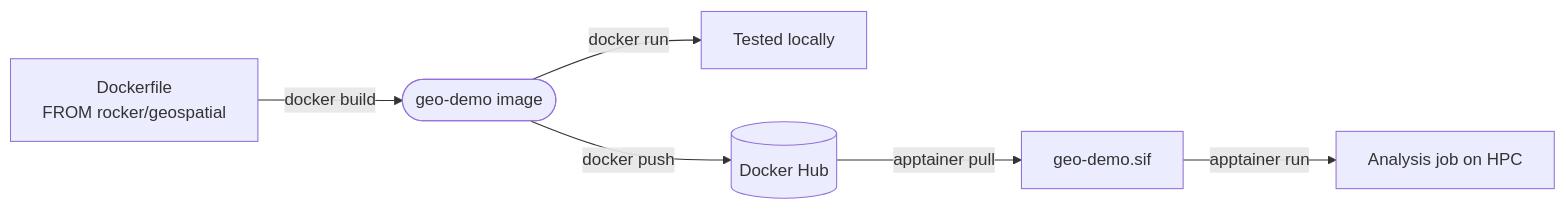
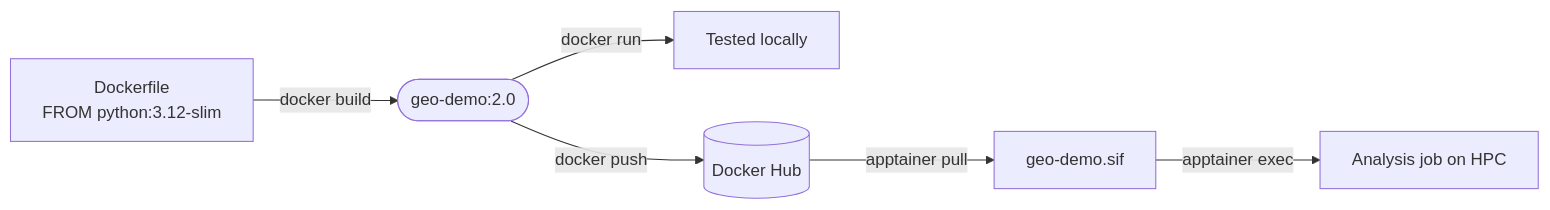
The diagram in DEMO.md (tim-devereux/docker-basics), drawn with Mermaid before and after one commit. The commit also changed other lines of this file and 4 other files, not shown here.

First line of the commit message:
Switch example stack from R/rocker to Python + JupyterLab

````diff
--- a/DEMO.md
+++ b/DEMO.md
@@ -7,8 +11,8 @@
 ```mermaid
 flowchart LR
-    DF["Dockerfile\nFROM rocker/geospatial"] -->|"docker build"| IMG(["geo-demo image"])
+    DF["Dockerfile\nFROM python:3.12-slim"] -->|"docker build"| IMG(["geo-demo:2.0"])
     IMG -->|"docker run"| TEST["Tested locally"]
     IMG -->|"docker push"| HUB[("Docker Hub")]
     HUB -->|"apptainer pull"| SIF["geo-demo.sif"]
-    SIF -->|"apptainer run"| JOB["Analysis job on HPC"]
+    SIF -->|"apptainer exec"| JOB["Analysis job on HPC"]
 ```
````
